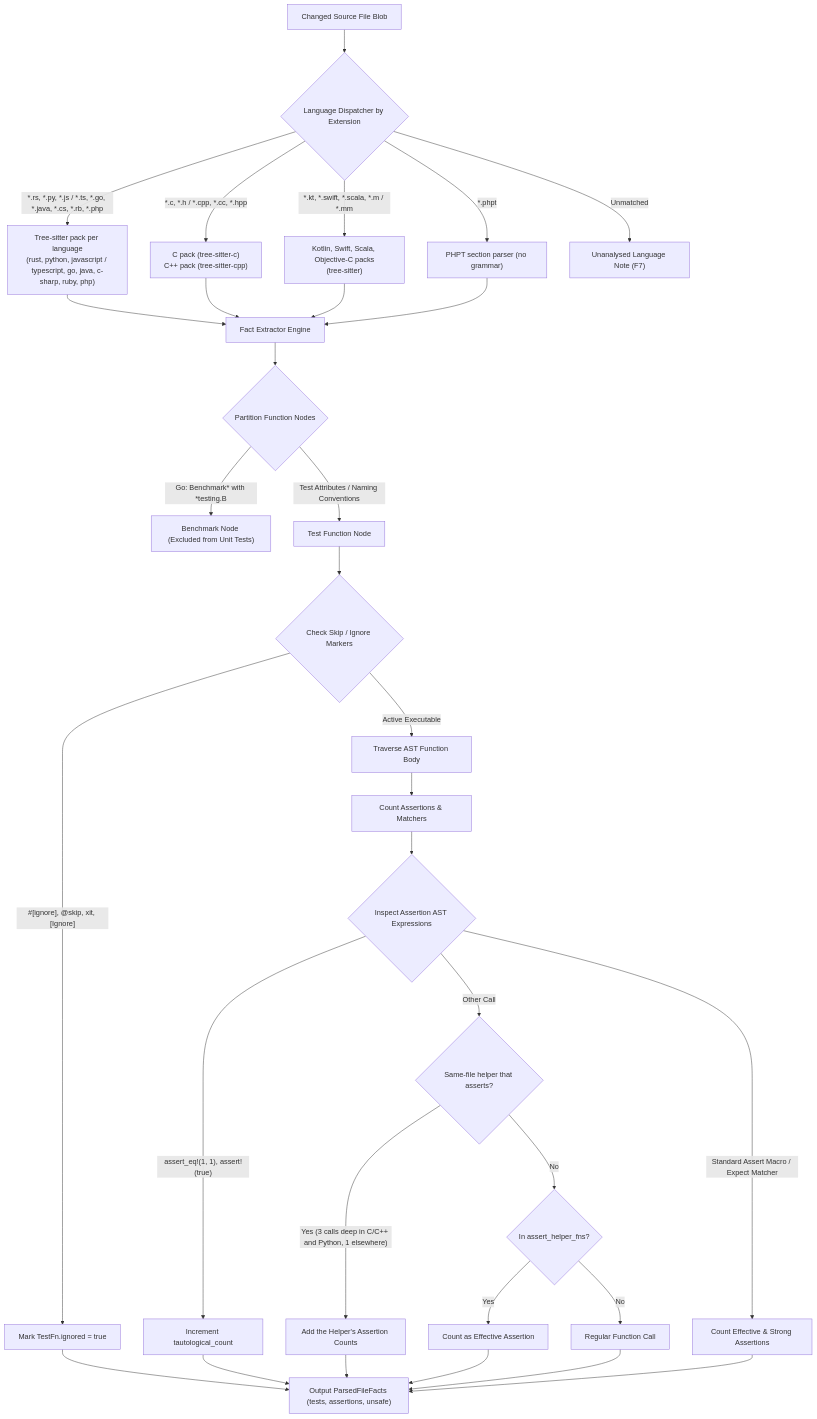
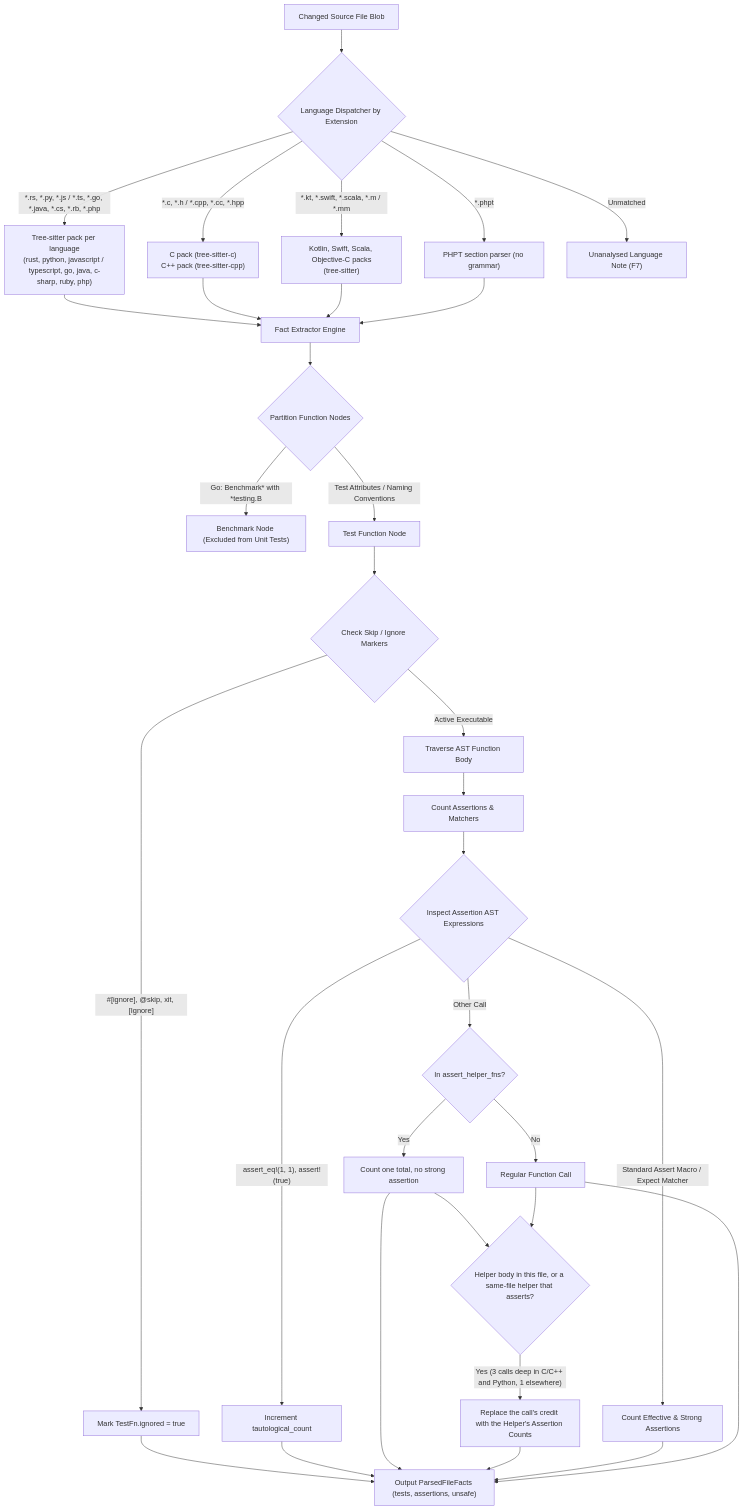
Before and after one commit to orieg/discipline: the fourth of 4 diagrams in docs/ARCHITECTURE.md, drawn with Mermaid. The commit also changed 21 other files, not shown here.

First line of the commit message:
fix(ast): one accounting rule for configured assertion helpers across packs

````diff
--- a/docs/ARCHITECTURE.md
+++ b/docs/ARCHITECTURE.md
@@ -248,39 +248,40 @@
 ```mermaid
 flowchart TD
     SRC["Changed Source File Blob"] --> LANG{"Language Dispatcher by Extension"}
     LANG -->|"*.rs, *.py, *.js / *.ts, *.go, *.java, *.cs, *.rb, *.php"| P_TS["Tree-sitter pack per language<br/>(rust, python, javascript / typescript, go, java, c-sharp, ruby, php)"]
     LANG -->|"*.c, *.h / *.cpp, *.cc, *.hpp"| P_CPP["C pack (tree-sitter-c)<br/>C++ pack (tree-sitter-cpp)"]
     LANG -->|"*.kt, *.swift, *.scala, *.m / *.mm"| P_NEW["Kotlin, Swift, Scala, Objective-C packs<br/>(tree-sitter)"]
     LANG -->|"*.phpt"| P_PHPT["PHPT section parser (no grammar)"]
     LANG -->|"Unmatched"| UNK["Unanalysed Language Note (F7)"]
 
     P_TS --> EXT["Fact Extractor Engine"]
     P_CPP --> EXT
     P_NEW --> EXT
     P_PHPT --> EXT
 
     EXT --> T_DISC{"Partition Function Nodes"}
     T_DISC -->|"Go: Benchmark* with *testing.B"| BENCH_NODE["Benchmark Node (Excluded from Unit Tests)"]
     T_DISC -->|"Test Attributes / Naming Conventions"| TEST_NODE["Test Function Node"]
 
     TEST_NODE --> SKIP{"Check Skip / Ignore Markers"}
     SKIP -->|"#[ignore], @skip, xit, [Ignore]"| FLG_SKIP["Mark TestFn.ignored = true"]
     SKIP -->|"Active Executable"| SCAN_AST["Traverse AST Function Body"]
 
     SCAN_AST --> CNT_ASSERT["Count Assertions & Matchers"]
     CNT_ASSERT --> TAUT{"Inspect Assertion AST Expressions"}
     TAUT -->|"assert_eq!(1, 1), assert!(true)"| FLG_TAUT["Increment tautological_count"]
-    TAUT -->|"Other Call"| SAME_FILE{"Same-file helper that asserts?"}
-    SAME_FILE -->|"Yes (3 calls deep in C/C++ and Python, 1 elsewhere)"| ADD_HELP["Add the Helper's Assertion Counts"]
-    SAME_FILE -->|"No"| CHK_HELP{"In assert_helper_fns?"}
-    CHK_HELP -->|"Yes"| INC_HELP["Count as Effective Assertion"]
+    TAUT -->|"Other Call"| CHK_HELP{"In assert_helper_fns?"}
+    CHK_HELP -->|"Yes"| INC_HELP["Count one total, no strong assertion"]
     CHK_HELP -->|"No"| REG_CALL["Regular Function Call"]
+    INC_HELP --> SAME_FILE{"Helper body in this file, or a same-file helper that asserts?"}
+    REG_CALL --> SAME_FILE
+    SAME_FILE -->|"Yes (3 calls deep in C/C++ and Python, 1 elsewhere)"| ADD_HELP["Replace the call's credit with the Helper's Assertion Counts"]
     TAUT -->|"Standard Assert Macro / Expect Matcher"| INC_STD["Count Effective & Strong Assertions"]
 
     FLG_SKIP --> FACTS["Output ParsedFileFacts (tests, assertions, unsafe)"]
     FLG_TAUT --> FACTS
     INC_HELP --> FACTS
     ADD_HELP --> FACTS
     INC_STD --> FACTS
     REG_CALL --> FACTS
 ```
````
